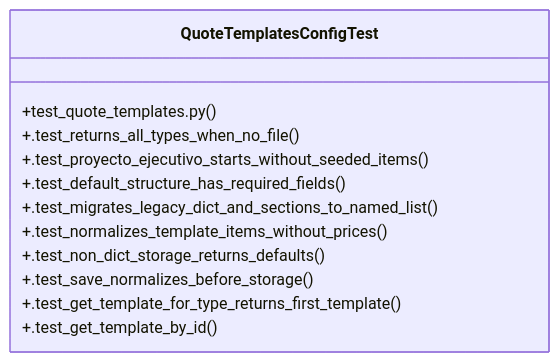
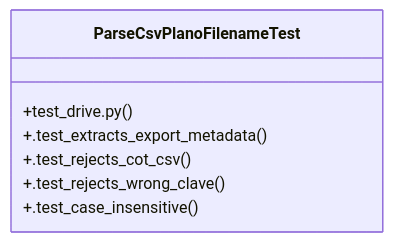
Before and after one commit to Daftrick/ProjectTracker: the diagram in graphify-out/wiki/Community_16.md, drawn with Mermaid. The commit also changed other lines of this file and 540 other files, not shown here.

````diff
--- a/graphify-out/wiki/Community_16.md
+++ b/graphify-out/wiki/Community_16.md
@@ -36,15 +36,10 @@
 ```mermaid
 classDiagram
-    class QuoteTemplatesConfigTest {
-        +test_quote_templates.py()
-        +.test_returns_all_types_when_no_file()
-        +.test_proyecto_ejecutivo_starts_without_seeded_items()
-        +.test_default_structure_has_required_fields()
-        +.test_migrates_legacy_dict_and_sections_to_named_list()
-        +.test_normalizes_template_items_without_prices()
-        +.test_non_dict_storage_returns_defaults()
-        +.test_save_normalizes_before_storage()
-        +.test_get_template_for_type_returns_first_template()
-        +.test_get_template_by_id()
+    class ParseCsvPlanoFilenameTest {
+        +test_drive.py()
+        +.test_extracts_export_metadata()
+        +.test_rejects_cot_csv()
+        +.test_rejects_wrong_clave()
+        +.test_case_insensitive()
     }
 ```
````
